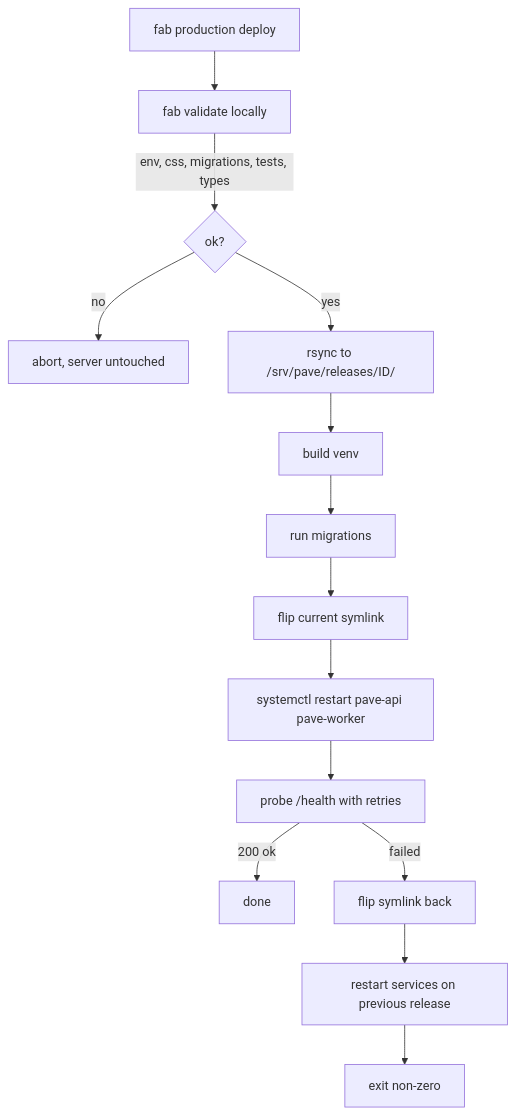
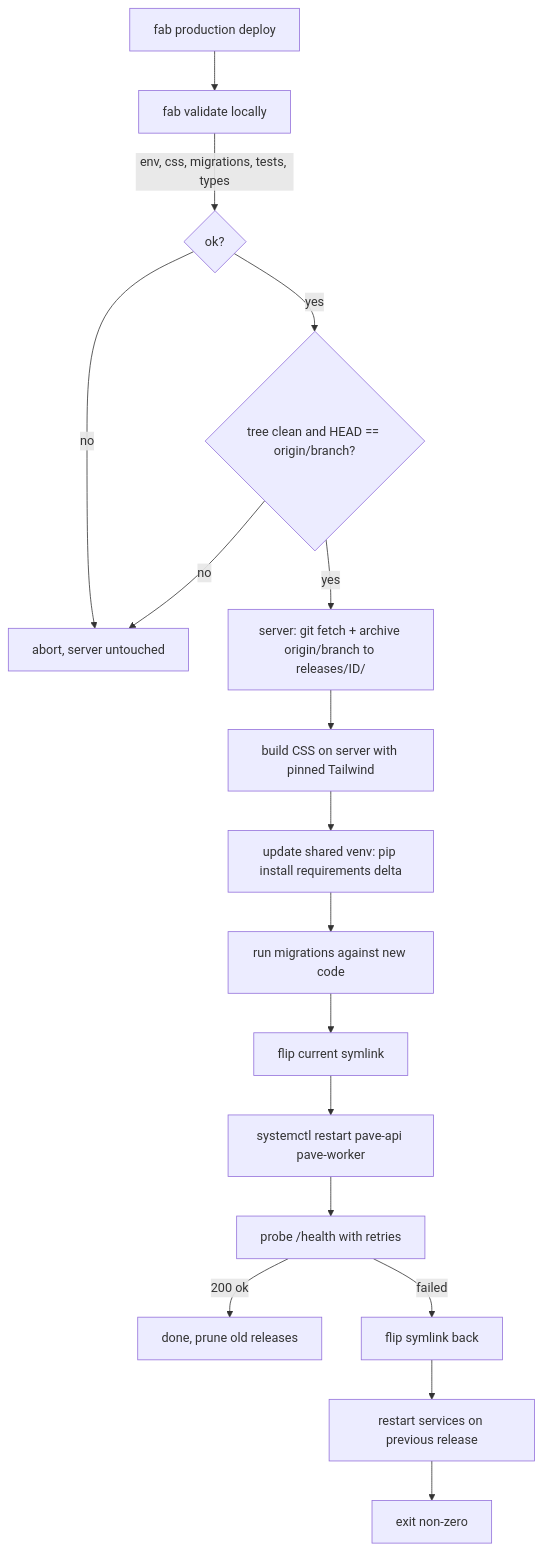
One commit to abhinavs/pave changed the diagram in docs/deploy.md. Above: the diagram before and after it, drawn with Mermaid. The commit also changed other lines of this file and 12 other files, not shown here.

Commit message:
Switch deploy to git-archive snapshots with a shared venv and journald log rotation

````diff
--- a/docs/deploy.md
+++ b/docs/deploy.md
@@ -7,16 +7,19 @@
 ```mermaid
 flowchart TD
     A[fab production deploy] --> B[fab validate locally]
     B -->|env, css, migrations, tests, types| C{ok?}
     C -- no --> X[abort, server untouched]
-    C -- yes --> D[rsync to /srv/pave/releases/ID/]
-    D --> E[build venv]
-    E --> F[run migrations]
-    F --> G[flip current symlink]
+    C -- yes --> P{tree clean and HEAD == origin/branch?}
+    P -- no --> X
+    P -- yes --> D[server: git fetch + archive origin/branch to releases/ID/]
+    D --> E[build CSS on server with pinned Tailwind]
+    E --> F[update shared venv: pip install requirements delta]
+    F --> G2[run migrations against new code]
+    G2 --> G[flip current symlink]
     G --> H[systemctl restart pave-api pave-worker]
     H --> I[probe /health with retries]
-    I -- 200 ok --> J[done]
+    I -- 200 ok --> J[done, prune old releases]
     I -- failed --> K[flip symlink back]
     K --> L[restart services on previous release]
     L --> M[exit non-zero]
 ```
````
